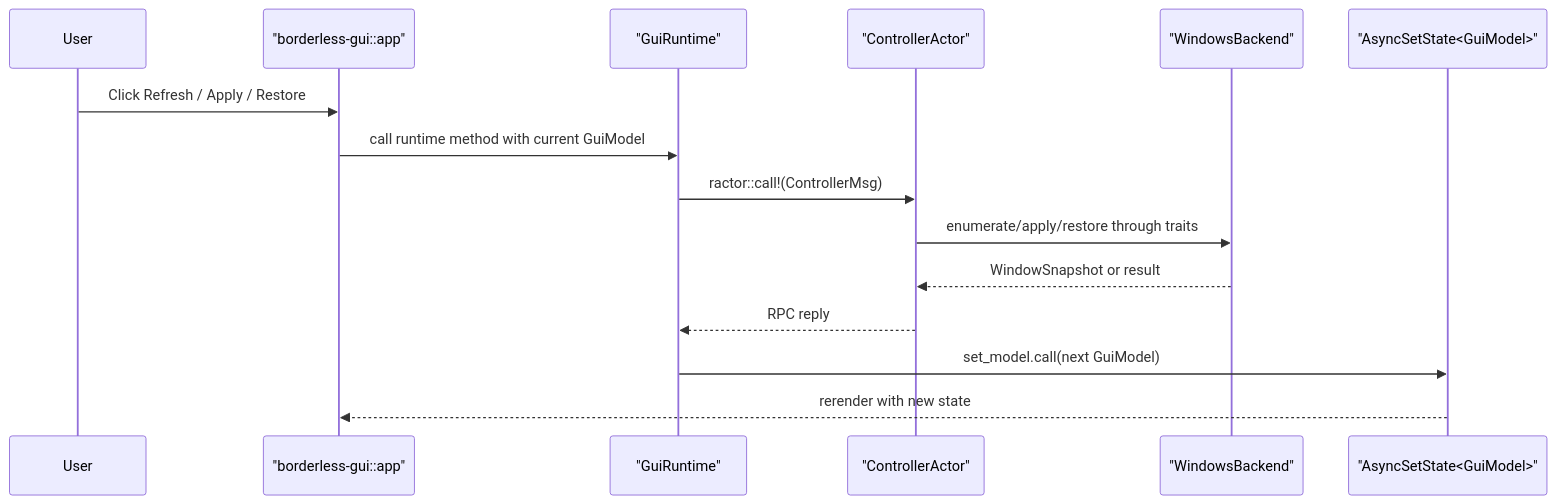
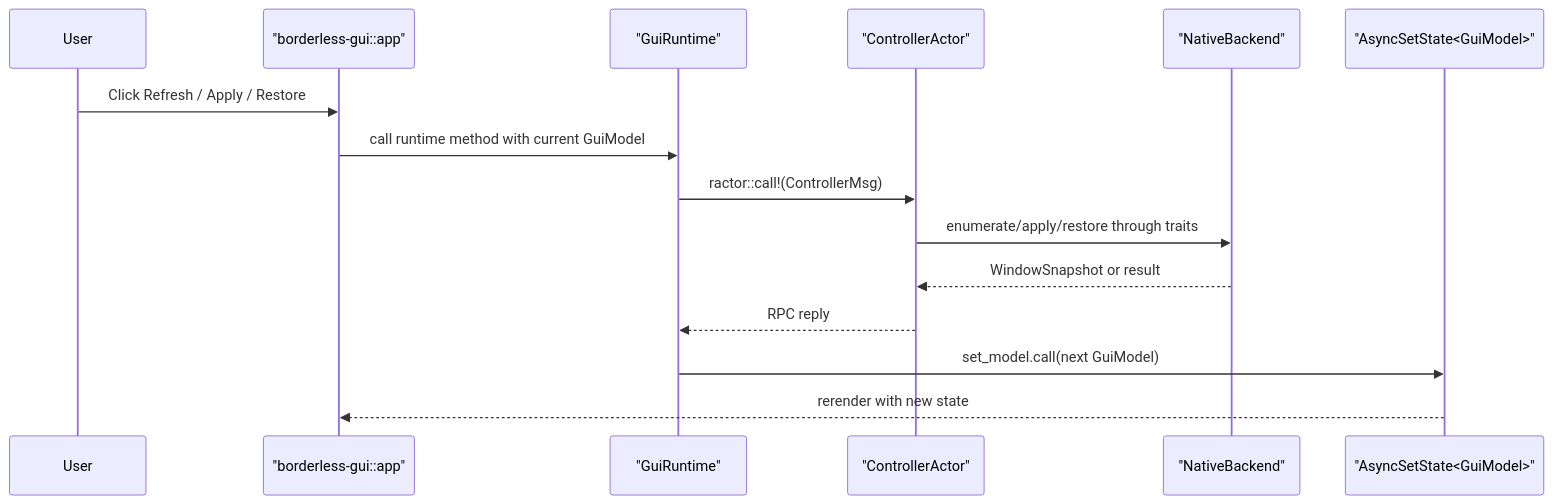
The third of 3 diagrams in docs/reactor-gui-implementation-notes.md (Sanzentyo/borderless-rs), drawn with Mermaid before and after one commit. The commit also changed other lines of this file and 31 other files, not shown here.

````diff
--- a/docs/reactor-gui-implementation-notes.md
+++ b/docs/reactor-gui-implementation-notes.md
@@ -160,18 +160,18 @@
 ```mermaid
 sequenceDiagram
     participant User
     participant App as "borderless-gui::app"
     participant Runtime as "GuiRuntime"
     participant Controller as "ControllerActor"
-    participant Backend as "WindowsBackend"
+    participant Backend as "NativeBackend"
     participant Reactor as "AsyncSetState<GuiModel>"
 
     User->>App: Click Refresh / Apply / Restore
     App->>Runtime: call runtime method with current GuiModel
     Runtime->>Controller: ractor::call!(ControllerMsg)
     Controller->>Backend: enumerate/apply/restore through traits
     Backend-->>Controller: WindowSnapshot or result
     Controller-->>Runtime: RPC reply
     Runtime->>Reactor: set_model.call(next GuiModel)
     Reactor-->>App: rerender with new state
 ```
````
